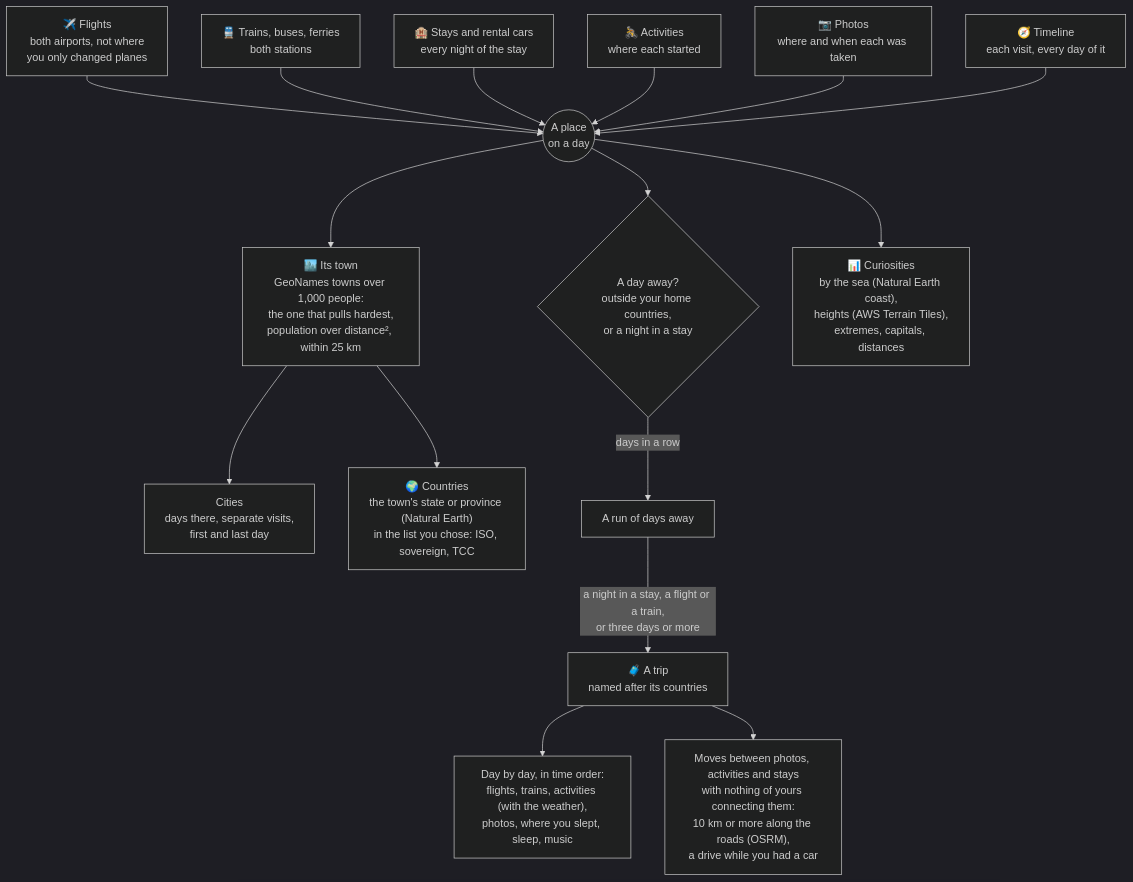
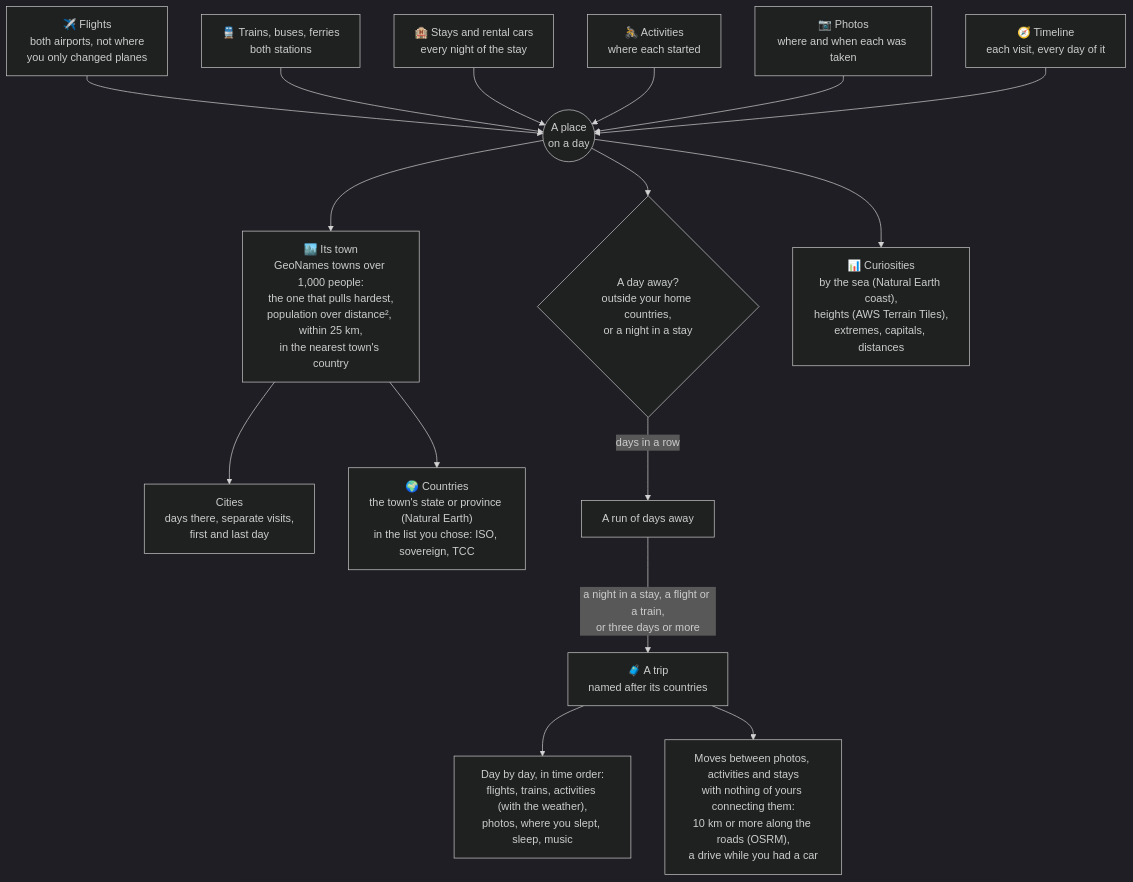
The second of 3 diagrams in README.md (bazilinskyy/cairn), drawn with Mermaid (dark theme) before and after one commit. The commit also changed other lines of this file and 21 other files, not shown here.

````diff
--- a/README.md
+++ b/README.md
@@ -156,18 +156,18 @@
 ```mermaid
 flowchart TB
   f["✈️ Flights<br>both airports, not where<br>you only changed planes"] --> pd
   g["🚆 Trains, buses, ferries<br>both stations"] --> pd
   s["🏨 Stays and rental cars<br>every night of the stay"] --> pd
   a["🚴 Activities<br>where each started"] --> pd
   p["📷 Photos<br>where and when each was taken"] --> pd
   t["🧭 Timeline<br>each visit, every day of it"] --> pd
-  pd(("A place<br>on a day")) --> town["🏙️ Its town<br>GeoNames towns over 1,000 people:<br>the one that pulls hardest,<br>population over distance², within 25 km"]
+  pd(("A place<br>on a day")) --> town["🏙️ Its town<br>GeoNames towns over 1,000 people:<br>the one that pulls hardest,<br>population over distance², within 25 km,<br>in the nearest town's country"]
   town --> cities["Cities<br>days there, separate visits,<br>first and last day"]
   town --> countries["🌍 Countries<br>the town's state or province (Natural Earth)<br>in the list you chose: ISO, sovereign, TCC"]
   pd --> away{"A day away?<br>outside your home countries,<br>or a night in a stay"}
   away -->|"days in a row"| run["A run of days away"]
   run -->|"a night in a stay, a flight or a train,<br>or three days or more"| trip["🧳 A trip<br>named after its countries"]
   trip --> story["Day by day, in time order:<br>flights, trains, activities (with the weather),<br>photos, where you slept, sleep, music"]
   trip --> moves["Moves between photos, activities and stays<br>with nothing of yours connecting them:<br>10 km or more along the roads (OSRM),<br>a drive while you had a car"]
   pd --> curio["📊 Curiosities<br>by the sea (Natural Earth coast),<br>heights (AWS Terrain Tiles),<br>extremes, capitals, distances"]
 ```
````
